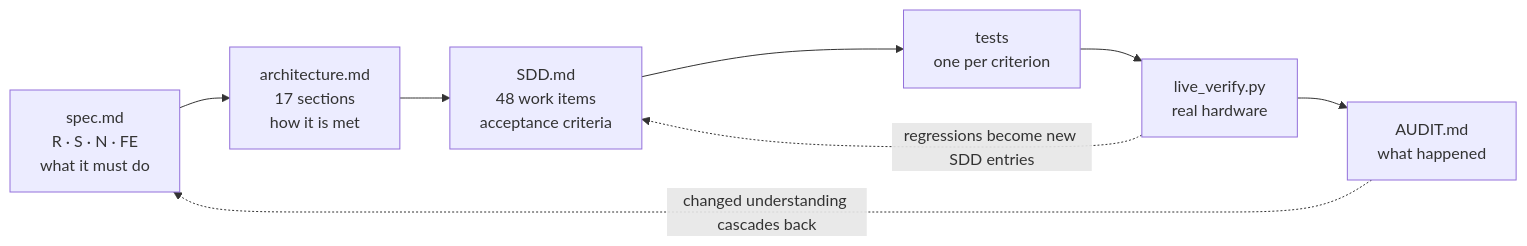
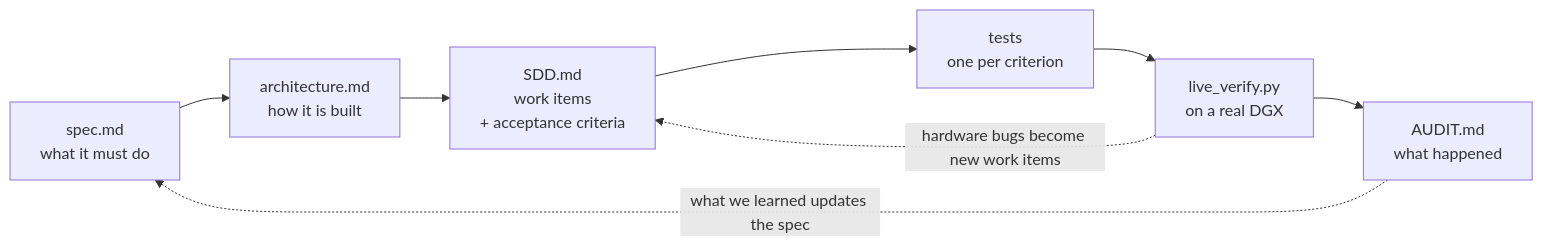
One commit to mayankgrd/dgx-control changed the diagram in README.md. Above: the diagram before and after it, drawn with Mermaid. The commit also changed other lines of this file and 1 other file, not shown here.

First line of the commit message:
docs: plainer language for the build methodology, and invite spec edits

````diff
--- a/README.md
+++ b/README.md
@@ -215,12 +226,12 @@
 ```mermaid
 flowchart LR
-    A["spec.md<br/>R · S · N · FE<br/>what it must do"]
-    B["architecture.md<br/>17 sections<br/>how it is met"]
-    C["SDD.md<br/>48 work items<br/>acceptance criteria"]
+    A["spec.md<br/>what it must do"]
+    B["architecture.md<br/>how it is built"]
+    C["SDD.md<br/>work items<br/>+ acceptance criteria"]
     D["tests<br/>one per criterion"]
-    E["live_verify.py<br/>real hardware"]
+    E["live_verify.py<br/>on a real DGX"]
     F["AUDIT.md<br/>what happened"]
     A --> B --> C --> D --> E --> F
-    E -. "regressions become new SDD entries" .-> C
-    F -. "changed understanding cascades back" .-> A
+    E -. "hardware bugs become new work items" .-> C
+    F -. "what we learned updates the spec" .-> A
 ```
````
